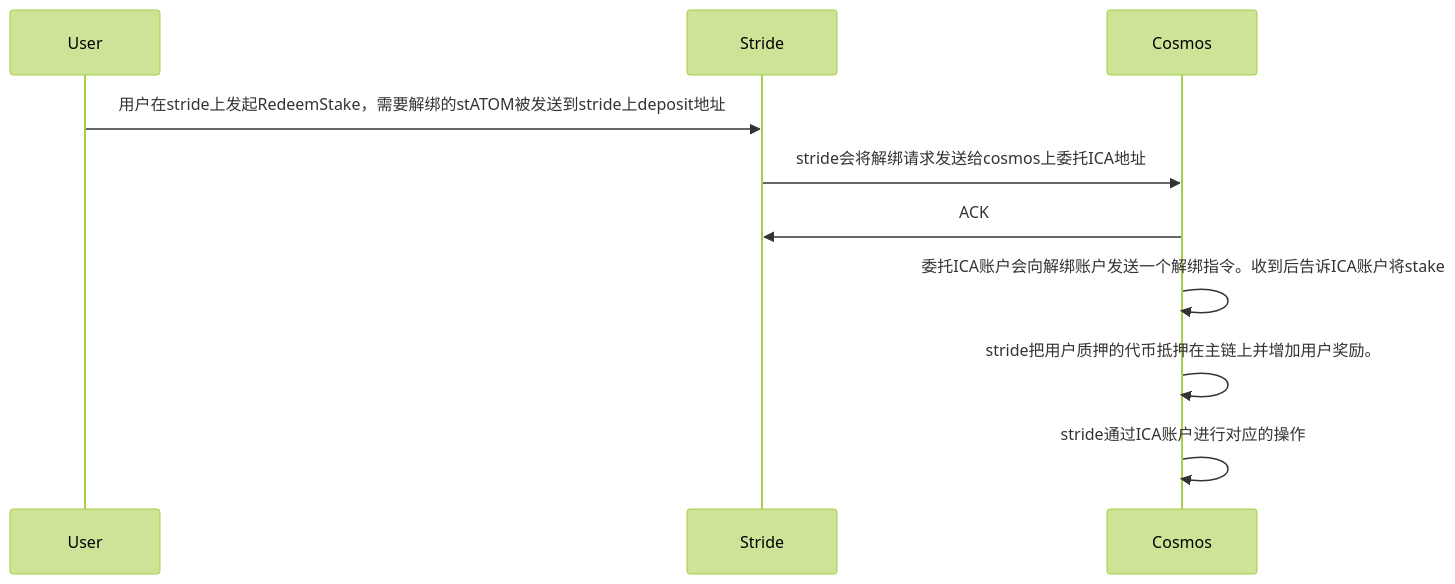
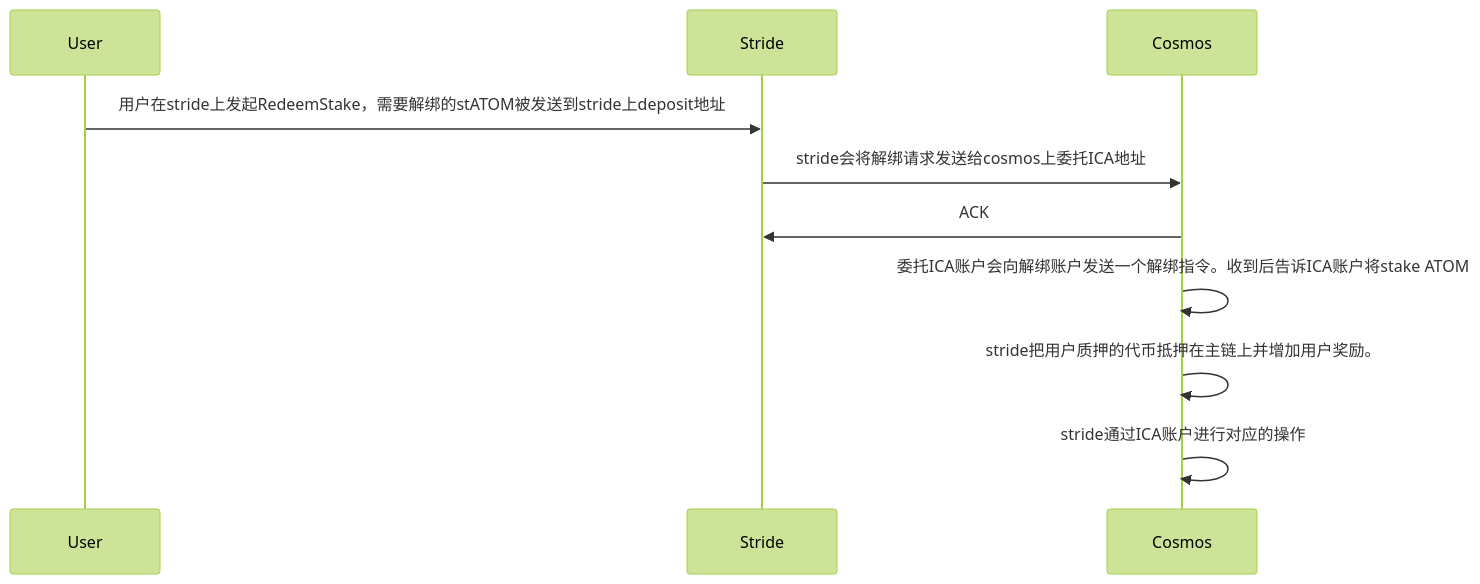
Before and after one commit to yingjianzh/iodraw-files: the diagram in all/unbonding.md, drawn with Mermaid (forest theme).

Commit message:
2024-03-28 15:16:31 update

````diff
--- a/all/unbonding.md
+++ b/all/unbonding.md
@@ -1,9 +1,9 @@
 ```mermaid
 sequenceDiagram
     User->>Stride: 用户在stride上发起RedeemStake，需要解绑的stATOM被发送到stride上deposit地址
     Stride->>Cosmos: stride会将解绑请求发送给cosmos上委托ICA地址
     Cosmos->>Stride: ACK
-    Cosmos->>Cosmos: 委托ICA账户会向解绑账户发送一个解绑指令。收到后告诉ICA账户将stake
+    Cosmos->>Cosmos: 委托ICA账户会向解绑账户发送一个解绑指令。收到后告诉ICA账户将stake ATOM 
     Cosmos->>Cosmos: stride把用户质押的代币抵押在主链上并增加用户奖励。
     Cosmos->>Cosmos: stride通过ICA账户进行对应的操作
 ```
````
